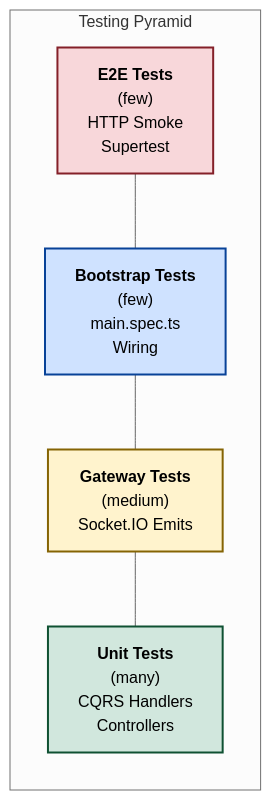
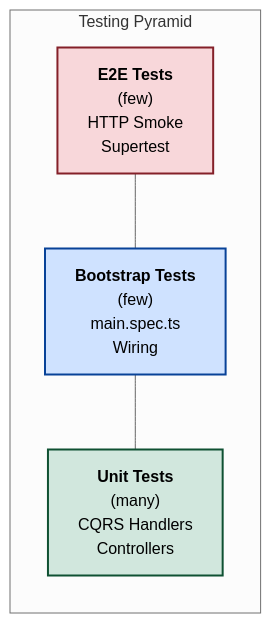
Before and after one commit to matteoventuri7/WHS: diagram 12 of 12 in docs/software-architecture-report.md, drawn with Mermaid (neutral theme). The commit also changed other lines of this file and 4 other files, not shown here.

Commit message:
Add software architecture report PDF to documentation

````diff
--- a/docs/software-architecture-report.md
+++ b/docs/software-architecture-report.md
@@ -914,25 +985,21 @@
 ```mermaid
 graph TD
     subgraph "Testing Pyramid"
     direction BT
         U["<b>Unit Tests</b><br/>(many)<br/>CQRS Handlers<br/>Controllers"]
-        G["<b>Gateway Tests</b><br/>(medium)<br/>Socket.IO Emits"]
         B["<b>Bootstrap Tests</b><br/>(few)<br/>main.spec.ts<br/>Wiring"]
         E2E["<b>E2E Tests</b><br/>(few)<br/>HTTP Smoke<br/>Supertest"]
 
-        U --- G
-        G --- B
+        U --- B
         B --- E2E
     end
 
     classDef default fill:#f9f9f9,stroke:#333,stroke-width:1px,color:#000;
     classDef unit fill:#d1e7dd,stroke:#0f5132,stroke-width:2px,color:#000;
-    classDef gateway fill:#fff3cd,stroke:#856404,stroke-width:2px,color:#000;
     classDef bootstrap fill:#cfe2ff,stroke:#084298,stroke-width:2px,color:#000;
     classDef e2e fill:#f8d7da,stroke:#842029,stroke-width:2px,color:#000;
 
     class U unit
-    class G gateway
     class B bootstrap
     class E2E e2e
 ```
````
